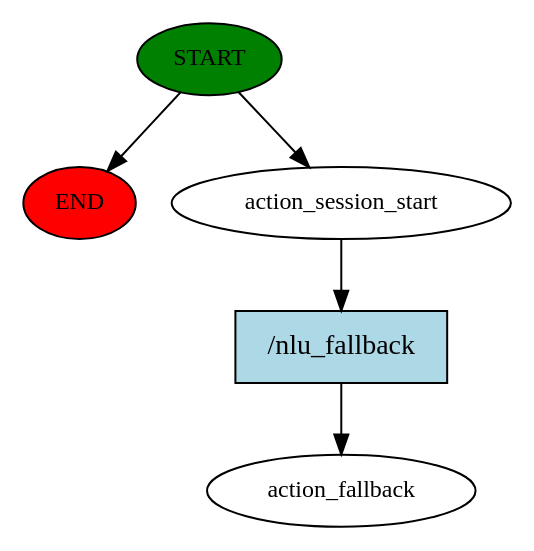
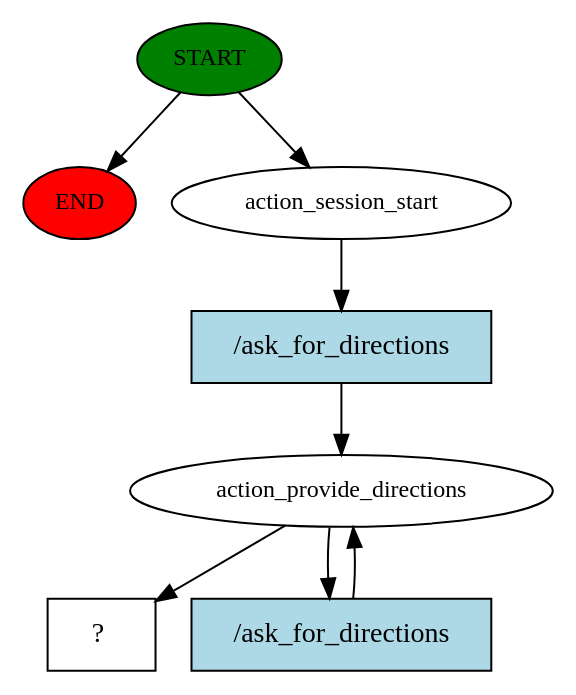
Before and after one commit to quant-1729/Mnnit_chatbot: the diagram in story_graph.dot, drawn with Graphviz. The commit also changed 253 other files, not shown here.

```diff
--- a/story_graph.dot
+++ b/story_graph.dot
@@ -1,11 +1,16 @@
 digraph  {
 0 [class="start active", fillcolor=green, fontsize=12, label=START, style=filled];
 "-1" [class=end, fillcolor=red, fontsize=12, label=END, style=filled];
 1 [class=active, fontsize=12, label=action_session_start];
-2 [class="dashed active", fontsize=12, label=action_fallback];
-3 [class="intent active", fillcolor=lightblue, label="/nlu_fallback", shape=rect, style=filled];
+2 [class=active, fontsize=12, label=action_provide_directions];
+4 [class="intent dashed active", label="  ?  ", shape=rect];
+5 [class="intent active", fillcolor=lightblue, label="/ask_for_directions", shape=rect, style=filled];
+6 [class="intent active", fillcolor=lightblue, label="/ask_for_directions", shape=rect, style=filled];
 0 -> "-1"  [class="", key=NONE, label=""];
 0 -> 1  [class=active, key=NONE, label=""];
-1 -> 3  [class=active, key=0];
-3 -> 2  [class=active, key=0];
+1 -> 5  [class=active, key=0];
+2 -> 4  [class=active, key=NONE, label=""];
+2 -> 6  [class=active, key=0];
+5 -> 2  [class=active, key=0];
+6 -> 2  [class=active, key=0];
 }
```
